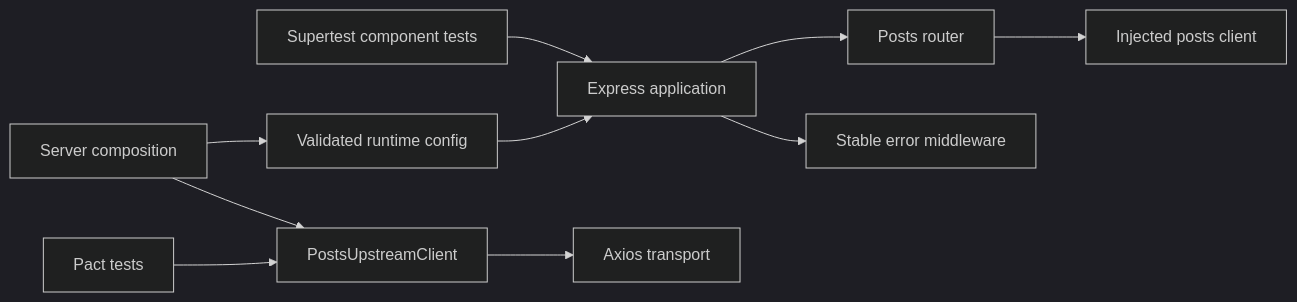
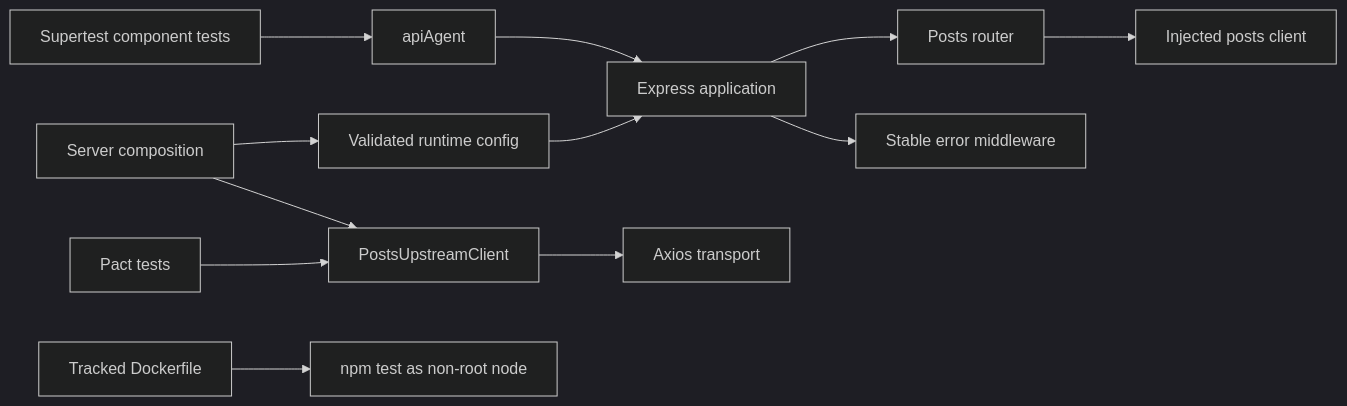
One commit to portyu9/qa-automation-node-supertest changed the diagram in docs/ARCHITECTURE.md. Above: the diagram before and after it, drawn with Mermaid (dark theme). The commit also changed other lines of this file, not shown here.

Commit message:
document Supertest protocol and packaging ownership

````diff
--- a/docs/ARCHITECTURE.md
+++ b/docs/ARCHITECTURE.md
@@ -7,12 +7,14 @@
 ```mermaid
 flowchart LR
-    T[Supertest component tests] --> APP[Express application]
+    T[Supertest component tests] --> AG[apiAgent]
+    AG --> APP[Express application]
     APP --> R[Posts router]
     R --> C[Injected posts client]
     PROD[Server composition] --> CFG[Validated runtime config]
     CFG --> APP
     PROD --> HC[PostsUpstreamClient]
     HC --> AX[Axios transport]
     P[Pact tests] --> HC
     APP --> ERR[Stable error middleware]
+    DOCKER[Tracked Dockerfile] --> TESTS[npm test as non-root node]
 ```
````
